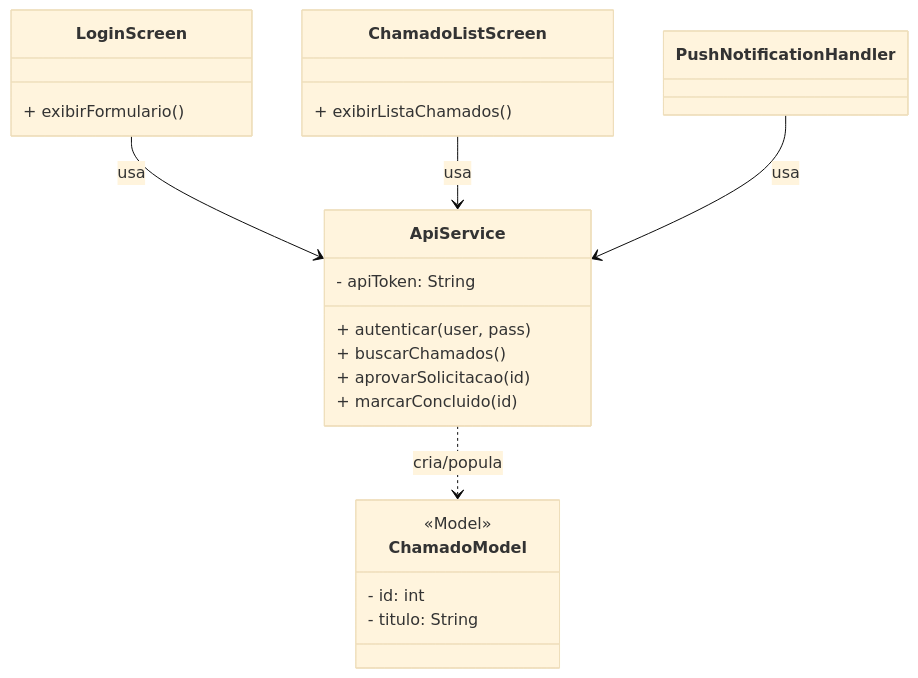
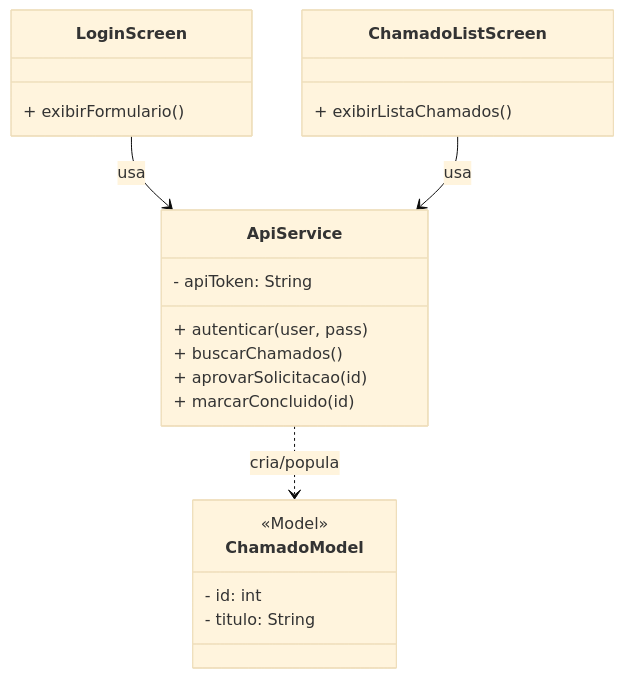
Before and after one commit to CordeiroGente/Backroom: the third of 3 diagrams in Documentação/Diagramas/Diagrama de Classe.md, drawn with Mermaid (base theme).

Commit message:
Update Diagrama de Classe.md

````diff
--- a/Documentação/Diagramas/Diagrama de Classe.md
+++ b/Documentação/Diagramas/Diagrama de Classe.md
@@ -55,31 +55,30 @@
 ```mermaid
 classDiagram
     direction TB
 
     class LoginScreen {
         + exibirFormulario()
     }
 
     class ChamadoListScreen {
         + exibirListaChamados()
     }
 
     class ApiService {
         - apiToken: String
         + autenticar(user, pass)
         + buscarChamados()
         + aprovarSolicitacao(id)
         + marcarConcluido(id)
     }
 
     class ChamadoModel {
         <<Model>>
         - id: int
         - titulo: String
     }
 
     LoginScreen --> ApiService : usa
     ChamadoListScreen --> ApiService : usa
-    PushNotificationHandler --> ApiService : usa
     ApiService ..> ChamadoModel : cria/popula
 ```
````
